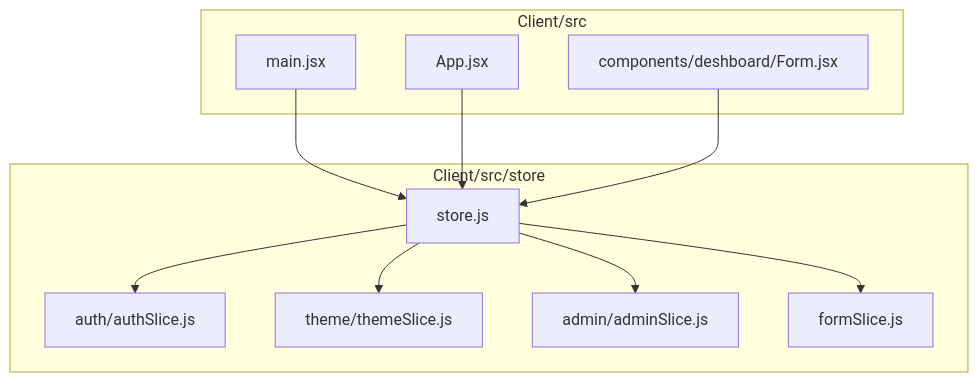
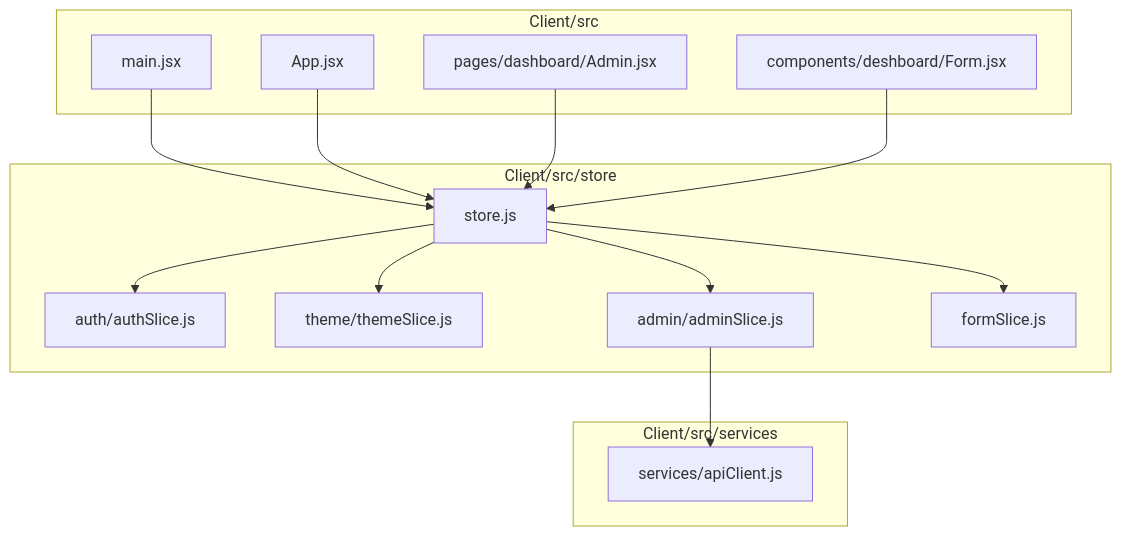
One commit to Aryan9060/Timetable-Project changed the first of 10 diagrams in .qoder/repowiki/en/content/State Management/Redux Store Configuration.md. Above: the diagram before and after it, drawn with Mermaid. The commit also changed other lines of this file and 8 other files, not shown here.

````diff
--- a/.qoder/repowiki/en/content/State Management/Redux Store Configuration.md
+++ b/.qoder/repowiki/en/content/State Management/Redux Store Configuration.md
@@ -39,22 +51,28 @@
 ```mermaid
 graph TB
 subgraph "Client/src/store"
 S["store.js"]
 A["auth/authSlice.js"]
 T["theme/themeSlice.js"]
 AD["admin/adminSlice.js"]
 F["formSlice.js"]
 end
 subgraph "Client/src"
 M["main.jsx"]
 APP["App.jsx"]
+ADMIN["pages/dashboard/Admin.jsx"]
 FORM["components/deshboard/Form.jsx"]
+end
+subgraph "Client/src/services"
+API["services/apiClient.js"]
 end
 S --> A
 S --> T
 S --> AD
 S --> F
 M --> S
 APP --> S
+ADMIN --> S
 FORM --> S
+AD --> API
 ```
````
